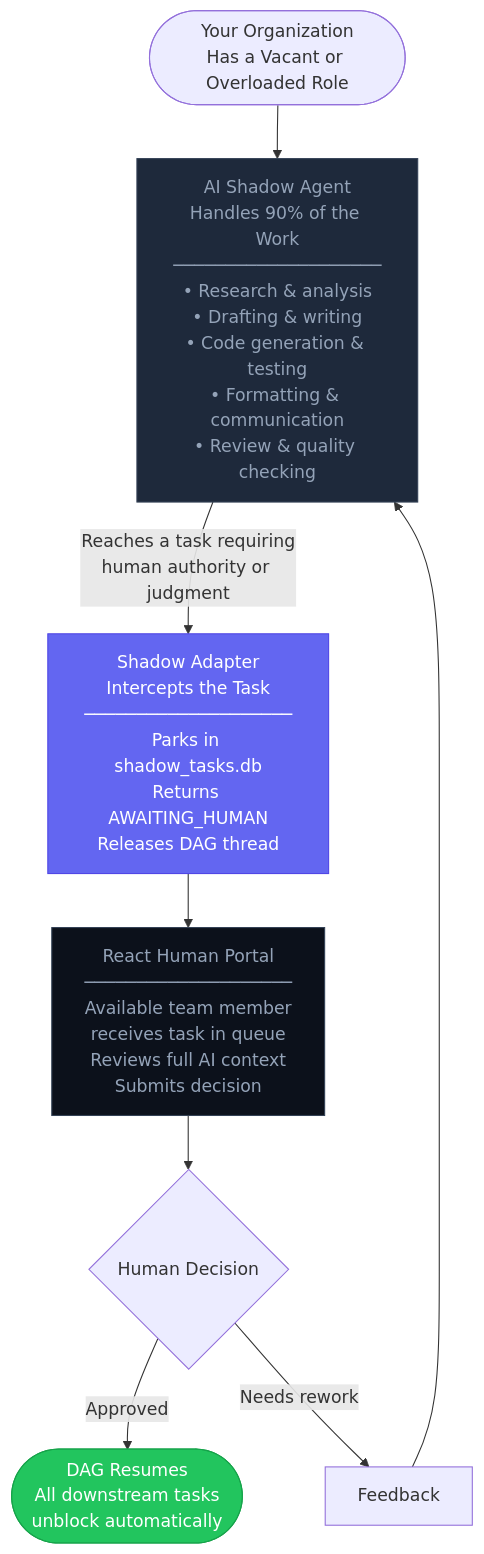
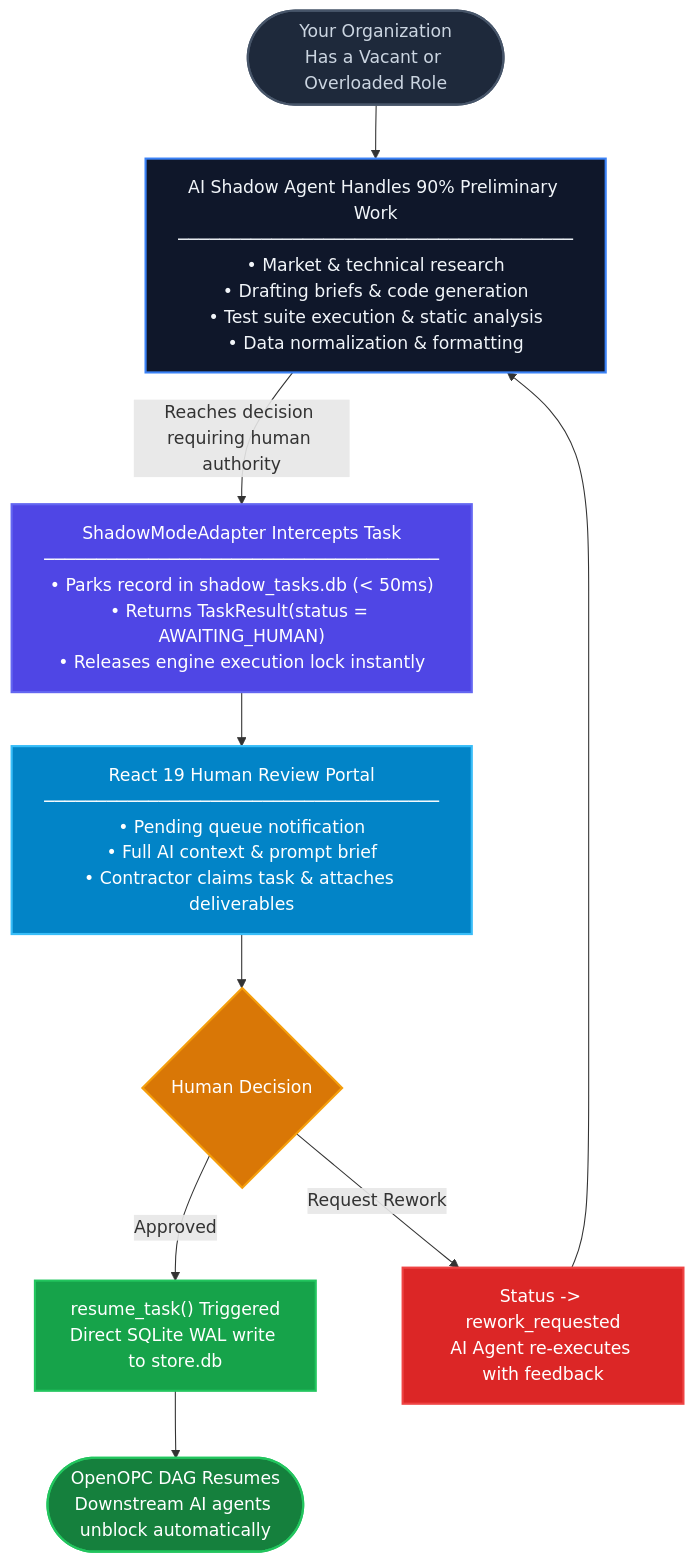
Before and after one commit to AhmadHassan-BTed/OpenOPC-Shadow-Adapter: the second of 6 diagrams in README.md, drawn with Mermaid. The commit also changed other lines of this file, not shown here.

Commit message:
docs(readme): beautify all 6 Mermaid diagrams with custom styling and 100% code coherence

````diff
--- a/README.md
+++ b/README.md
@@ -147,27 +167,31 @@
 ```mermaid
 flowchart TD
     Start(["Your Organization\nHas a Vacant or Overloaded Role"])
 
     Start --> AI
-    AI["AI Shadow Agent\nHandles 90% of the Work\n────────────────────\n• Research & analysis\n• Drafting & writing\n• Code generation & testing\n• Formatting & communication\n• Review & quality checking"]
+    AI["AI Shadow Agent Handles 90% Preliminary Work\n──────────────────────────────────────\n• Market & technical research\n• Drafting briefs & code generation\n• Test suite execution & static analysis\n• Data normalization & formatting"]
 
-    AI -->|Reaches a task requiring\nhuman authority or judgment| SA
+    AI -->|Reaches decision requiring human authority| Intercept
 
-    SA["Shadow Adapter\nIntercepts the Task\n────────────────────\nParks in shadow_tasks.db\nReturns AWAITING_HUMAN\nReleases DAG thread"]
+    Intercept["ShadowModeAdapter Intercepts Task\n──────────────────────────────────────\n• Parks record in shadow_tasks.db (< 50ms)\n• Returns TaskResult(status = AWAITING_HUMAN)\n• Releases engine execution lock instantly"]
 
-    SA --> Portal
-    Portal["React Human Portal\n────────────────────\nAvailable team member\nreceives task in queue\nReviews full AI context\nSubmits decision"]
+    Intercept --> Queue
+    Queue["React 19 Human Review Portal\n──────────────────────────────────────\n• Pending queue notification\n• Full AI context & prompt brief\n• Contractor claims task & attaches deliverables"]
 
-    Portal --> Human{Human Decision}
+    Queue --> Decision{Human Decision}
 
-    Human -->|Approved| Resume
-    Human -->|Needs rework| Feedback
-    Feedback --> AI
+    Decision -->|Approved| ResumePipeline["resume_task() Triggered\nDirect SQLite WAL write to store.db"]
+    Decision -->|Request Rework| ReworkPipeline["Status -> rework_requested\nAI Agent re-executes with feedback"]
+    ReworkPipeline --> AI
 
-    Resume(["DAG Resumes\nAll downstream tasks\nunblock automatically"])
+    ResumePipeline --> Complete(["OpenOPC DAG Resumes\nDownstream AI agents unblock automatically"])
 
-    style AI fill:#1e293b,color:#94a3b8,stroke:#334155
-    style SA fill:#6366f1,color:#fff,stroke:#4f46e5
-    style Resume fill:#22c55e,color:#fff,stroke:#16a34a
-    style Portal fill:#0c111b,color:#94a3b8,stroke:#334155
+    style Start fill:#1e293b,color:#cbd5e1,stroke:#475569,stroke-width:2px
+    style AI fill:#0f172a,color:#f1f5f9,stroke:#3b82f6,stroke-width:2px
+    style Intercept fill:#4f46e5,color:#ffffff,stroke:#6366f1,stroke-width:2px
+    style Queue fill:#0284c7,color:#ffffff,stroke:#38bdf8,stroke-width:2px
+    style Decision fill:#d97706,color:#ffffff,stroke:#f59e0b,stroke-width:2px
+    style ResumePipeline fill:#16a34a,color:#ffffff,stroke:#22c55e,stroke-width:2px
+    style ReworkPipeline fill:#dc2626,color:#ffffff,stroke:#ef4444,stroke-width:2px
+    style Complete fill:#15803d,color:#ffffff,stroke:#22c55e,stroke-width:2px
 ```
````
